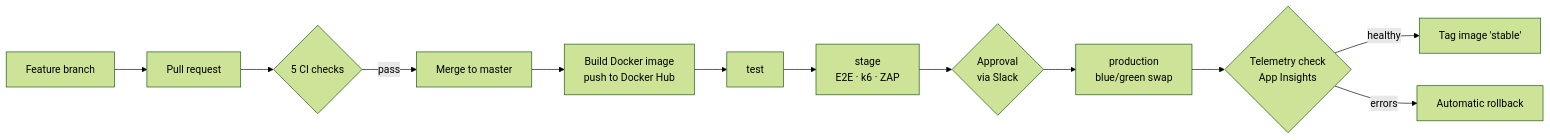
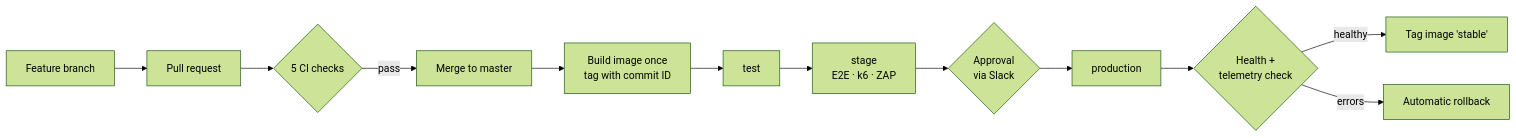
One commit to gclynch/bp changed the diagram in README.md. Above: the diagram before and after it, drawn with Mermaid (forest theme). The commit also changed other lines of this file and 8 other files, not shown here.

````diff
--- a/README.md
+++ b/README.md
@@ -15,14 +34,14 @@
 ```mermaid
 flowchart LR
     A[Feature branch] --> B[Pull request]
     B --> C{5 CI checks}
     C -->|pass| D[Merge to master]
-    D --> E[Build Docker image<br/>push to Docker Hub]
+    D --> E[Build image once<br/>tag with commit ID]
     E --> F[test]
     F --> G[stage<br/>E2E · k6 · ZAP]
     G --> H{Approval<br/>via Slack}
-    H --> I[production<br/>blue/green swap]
-    I --> J{Telemetry check<br/>App Insights}
+    H --> I[production]
+    I --> J{Health +<br/>telemetry check}
     J -->|healthy| K[Tag image 'stable']
     J -->|errors| L[Automatic rollback]
 ```
````
